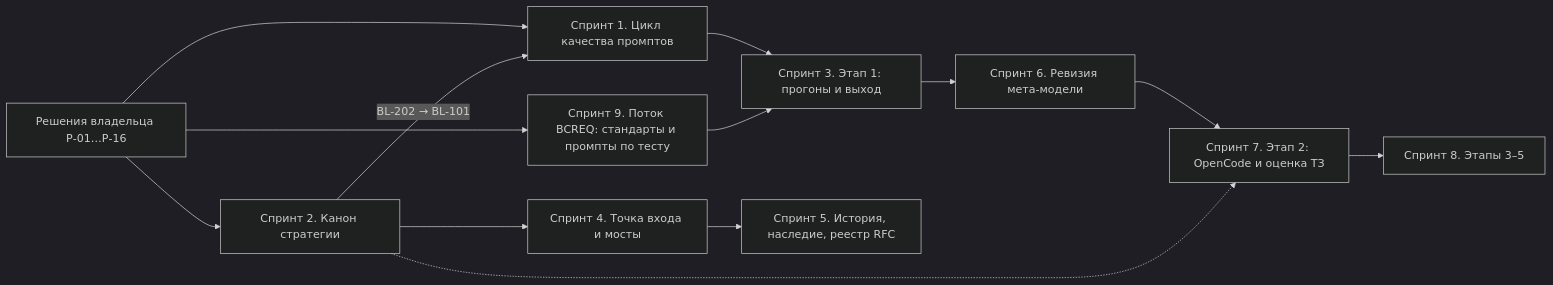
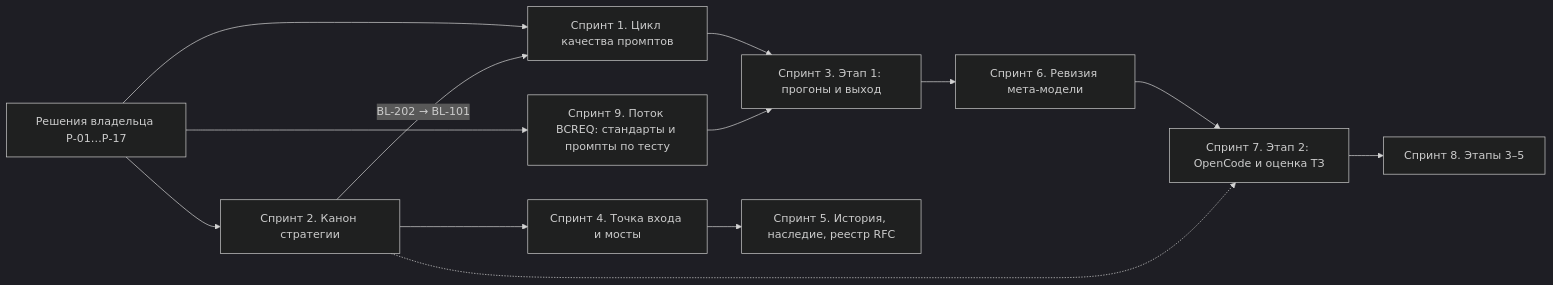
The diagram in pr-ops/BACKLOG.md (G-Ivan-A/mango_ba_prompts), drawn with Mermaid (dark theme) before and after one commit. The commit also changed other lines of this file and 7 other files, not shown here.

````diff
--- a/pr-ops/BACKLOG.md
+++ b/pr-ops/BACKLOG.md
@@ -89,15 +89,15 @@
 ```mermaid
 flowchart LR
-    R["Решения владельца Р-01…Р-16"] --> S1["Спринт 1. Цикл качества промптов"]
+    R["Решения владельца Р-01…Р-17"] --> S1["Спринт 1. Цикл качества промптов"]
     R --> S2["Спринт 2. Канон стратегии"]
     S2 -->|"BL-202 → BL-101"| S1
     S1 --> S3["Спринт 3. Этап 1: прогоны и выход"]
     S3 --> S6["Спринт 6. Ревизия мета-модели"]
     S6 --> S7["Спринт 7. Этап 2: OpenCode и оценка ТЗ"]
     S7 --> S8["Спринт 8. Этапы 3–5"]
     S2 --> S4["Спринт 4. Точка входа и мосты"]
     S4 --> S5["Спринт 5. История, наследие, реестр RFC"]
     S2 -.-> S7
     R --> S9["Спринт 9. Поток BCREQ: стандарты и промпты по тесту"]
     S9 --> S3
 ```
````
